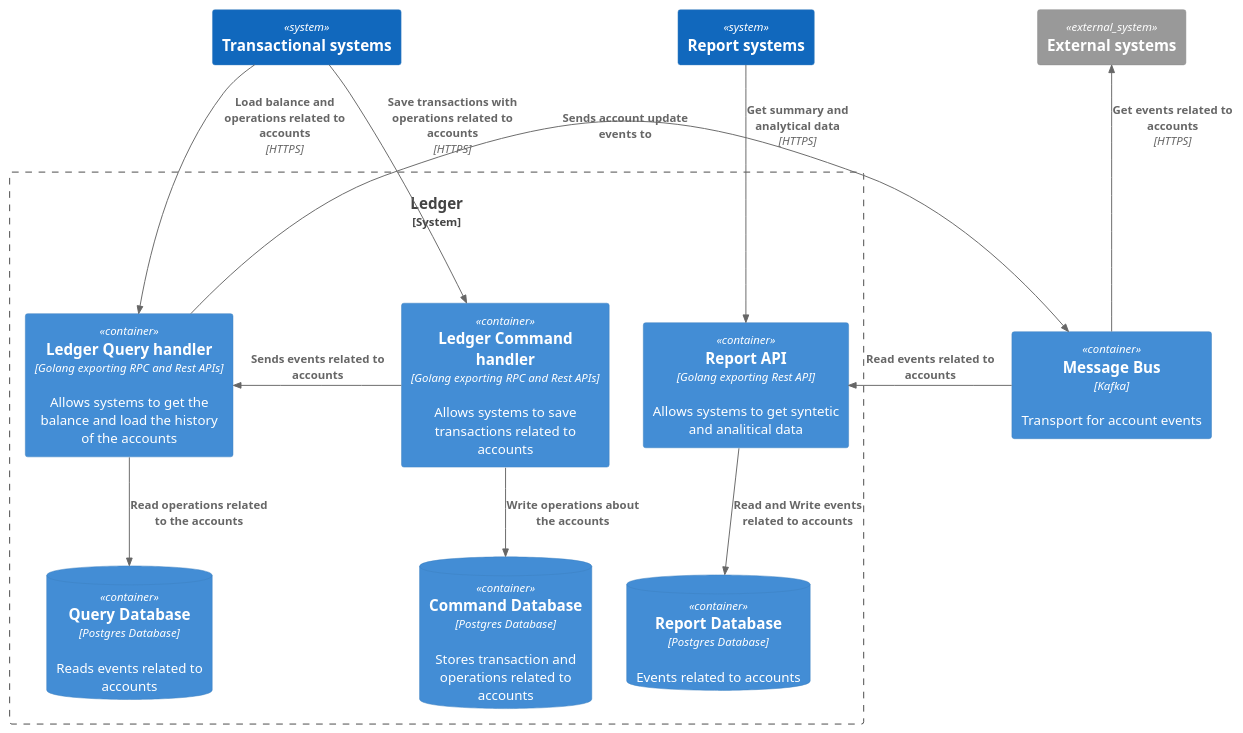
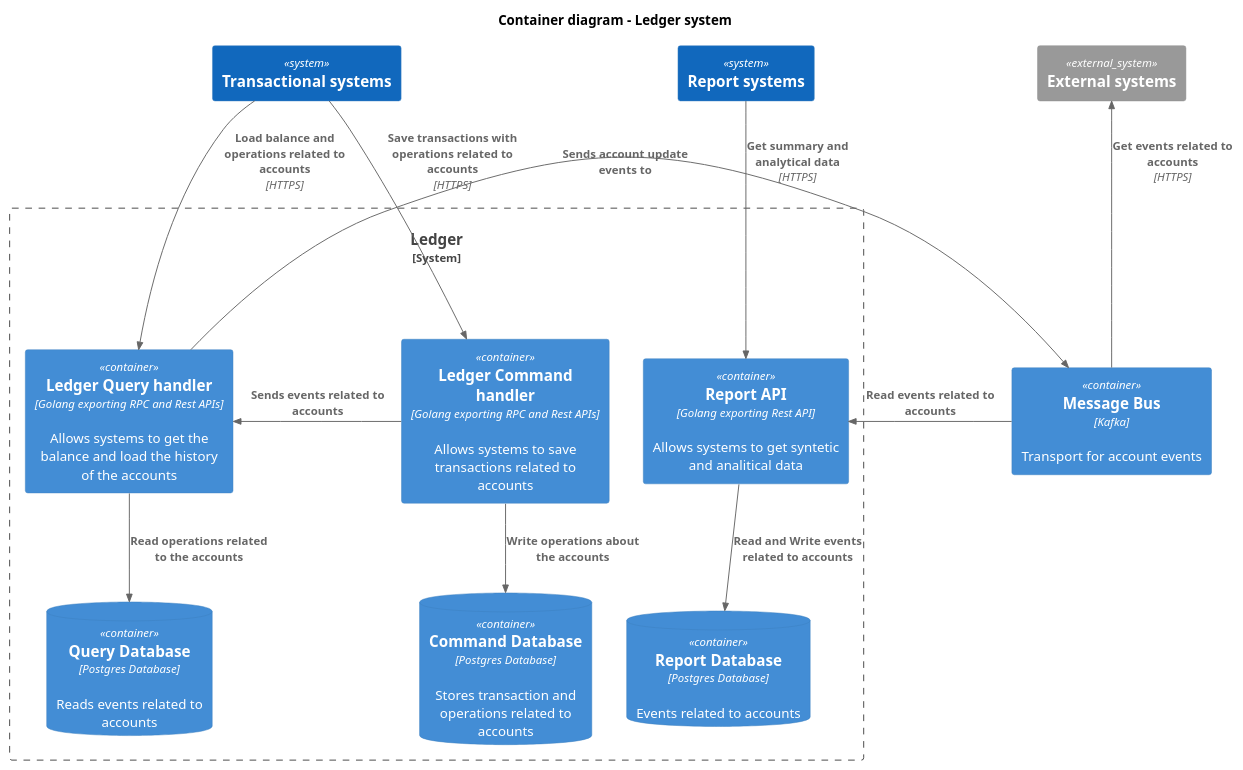
Before and after one commit to fernandodr19/the-amazing-ledger: the diagram in docs/c4model/level_2_step_by_step/level_2_d_container_diagram.puml, drawn with PlantUML. The commit also changed 11 other files, not shown here.

Commit message:
docs: review in all diagrams

```diff
--- a/docs/c4model/level_2_step_by_step/level_2_d_container_diagram.puml
+++ b/docs/c4model/level_2_step_by_step/level_2_d_container_diagram.puml
@@ -1,44 +1,46 @@
 @startuml Basic Sample
 !includeurl https://raw.githubusercontent.com/RicardoNiepel/C4-PlantUML/release/1-0/C4_Container.puml
 
 ' LAYOUT_LEFT_RIGHT
 ' LAYOUT_WITH_LEGEND()
+
+title Container diagram - Ledger system
 
 System(transactional_systems, "Transactional systems")
 System(report_systems, "Report systems")
 System_Ext(external_systems, "External systems")
 
 System_Boundary(ledger, "Ledger") {
     Container(ledger_command_api, "Ledger Command handler", "Golang exporting RPC and Rest APIs", "Allows systems to save transactions related to accounts")
     Container(ledger_query_api, "Ledger Query handler", "Golang exporting RPC and Rest APIs", "Allows systems to get the balance and load the history of the accounts")
     ContainerDb(query_database, "Query Database", "Postgres Database", "Reads events related to accounts")
     ContainerDb(command_database, "Command Database", "Postgres Database", "Stores transaction and operations related to accounts")
     Container(report_api, "Report API", "Golang exporting Rest API", "Allows systems to get syntetic and analitical data")
     ContainerDb(report_database, "Report Database", "Postgres Database", "Events related to accounts")
 }
 
 Container(message_bus, "Message Bus", "Kafka", "Transport for account events")
 
 Rel_Neighbor(ledger_query_api, message_bus, "Sends account update events to")
 
 Rel(ledger_command_api, command_database, "Write operations about the accounts")
 Rel(ledger_query_api, query_database, "Read operations related to the accounts")
 
 Rel(transactional_systems, ledger_command_api, "Save transactions with operations related to accounts", "HTTPS")
 Rel(transactional_systems, ledger_query_api, "Load balance and operations related to accounts", "HTTPS")
 
 ' System_Boundary(reports, "Report systems") {
 ' }
 
 Rel(report_api, report_database, "Read and Write events related to accounts")
 Rel_Back_Neighbor(report_api, message_bus, "Read events related to accounts")
 
 Rel(report_systems, report_api, "Get summary and analytical data", "HTTPS")
 
 Rel_Back(external_systems, message_bus, "Get events related to accounts", "HTTPS")
 
 Rel_Neighbor(ledger_command_api, ledger_query_api, "Sends events related to accounts")
 
 ' Lay_R(ledger_command_api, ledger_query_api)
 
 @enduml
```
